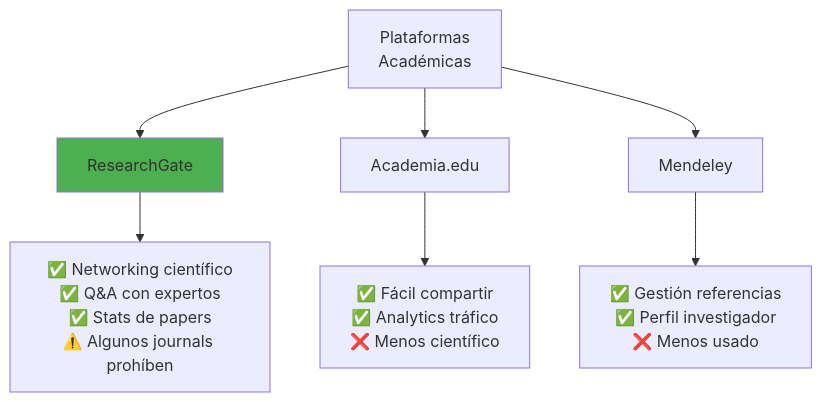
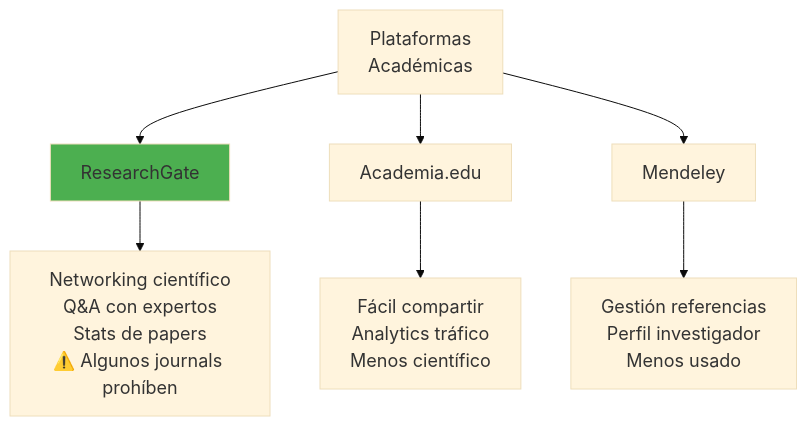
Diagram 12 of 12 in courses/🟡-development/FPUNA-2026/05-INVESTIGACION-ACADEMIA/05-presentacion-publicacion.md (Ai-Whisperers/Courses-Content), drawn with Mermaid before and after one commit. The commit also changed other lines of this file and 47 other files, not shown here.

First line of the commit message:
fix: Make all 473 diagrams WCAG AAA accessible (FPUNA-2026)

````diff
--- a/courses/🟡-development/FPUNA-2026/05-INVESTIGACION-ACADEMIA/05-presentacion-publicacion.md
+++ b/courses/🟡-development/FPUNA-2026/05-INVESTIGACION-ACADEMIA/05-presentacion-publicacion.md
@@ -740,14 +751,15 @@
 ```mermaid
+%%{init: {'theme':'base', 'themeVariables': {'fontSize':'18px'}}}%%
 graph TD
     A[Plataformas<br/>Académicas] --> B[ResearchGate]
     A --> C[Academia.edu]
     A --> D[Mendeley]
     
-    B --> B1[✅ Networking científico<br/>✅ Q&A con expertos<br/>✅ Stats de papers<br/>⚠️ Algunos journals prohíben]
+    B --> B1[Networking científico<br/>Q&A con expertos<br/>Stats de papers<br/>⚠️ Algunos journals prohíben]
     
-    C --> C1[✅ Fácil compartir<br/>✅ Analytics tráfico<br/>❌ Menos científico]
+    C --> C1[Fácil compartir<br/>Analytics tráfico<br/>Menos científico]
     
-    D --> D1[✅ Gestión referencias<br/>✅ Perfil investigador<br/>❌ Menos usado]
+    D --> D1[Gestión referencias<br/>Perfil investigador<br/>Menos usado]
     
     style B fill:#4CAF50
 ```
````
